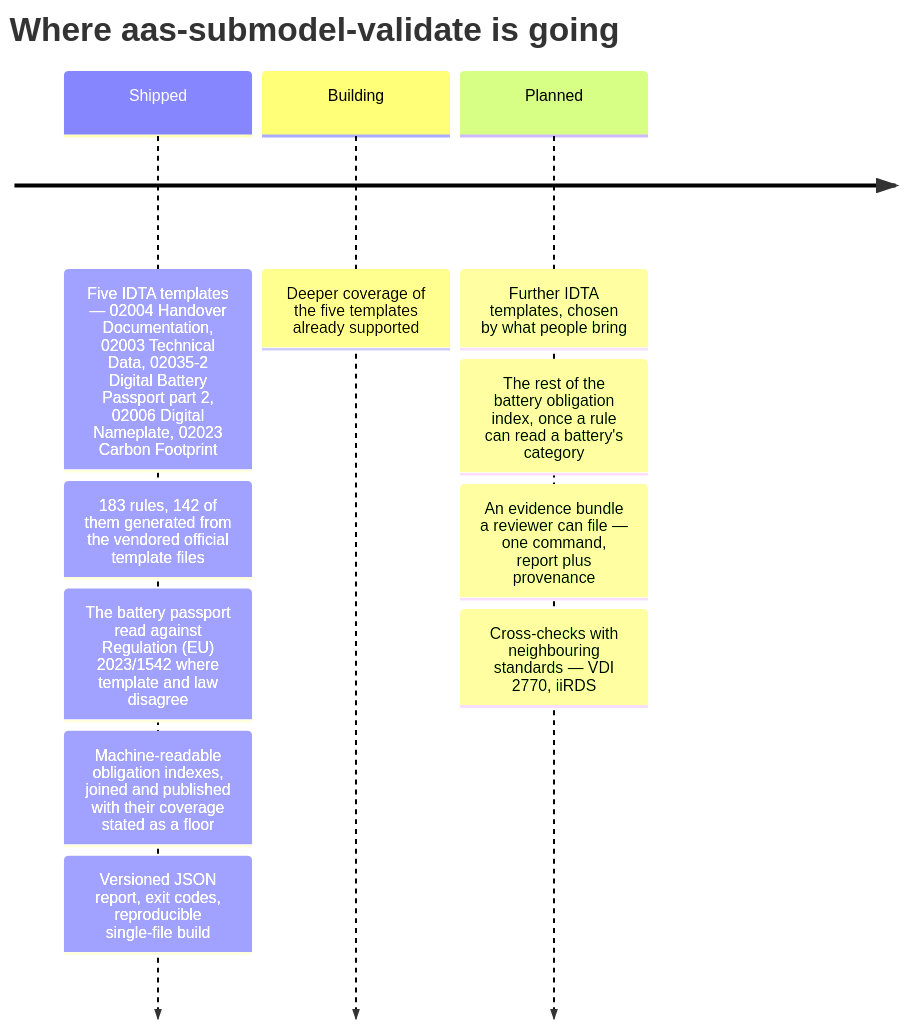
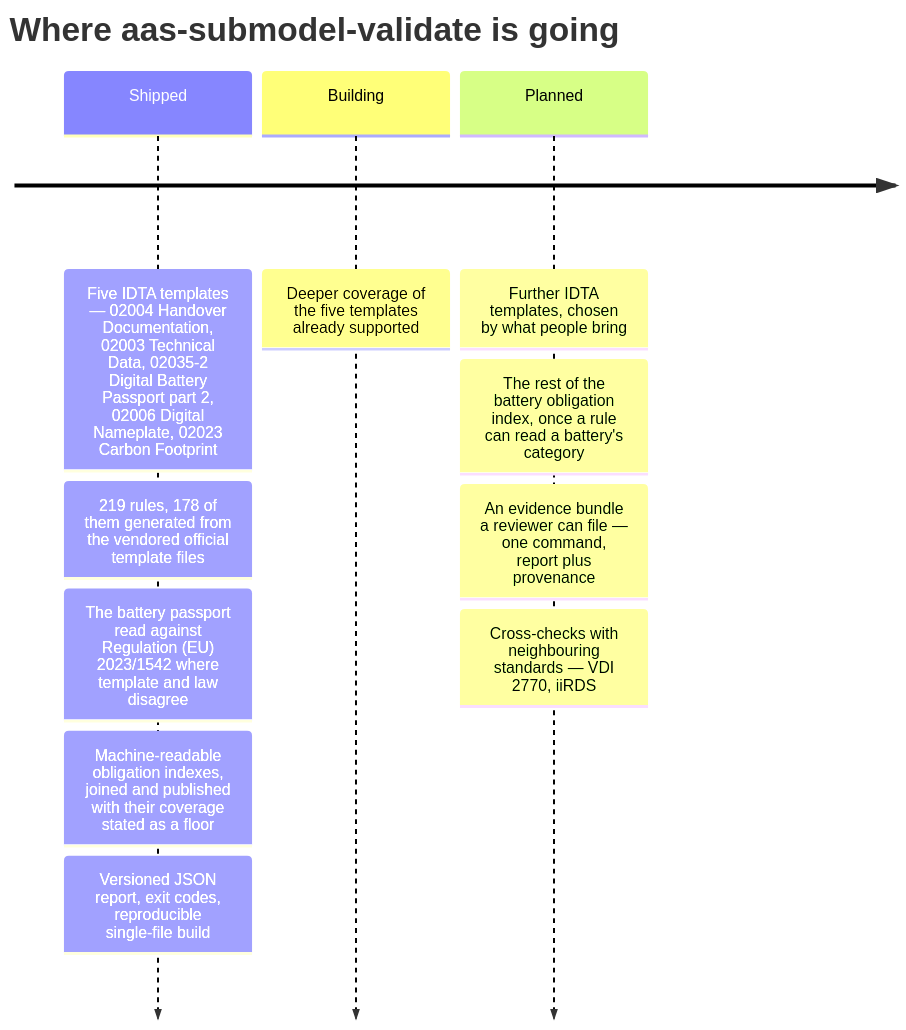
The second of 2 diagrams in README.md (dev365code/aas-submodel-validate), drawn with Mermaid before and after one commit. The commit also changed other lines of this file and 25 other files, not shown here.

````diff
--- a/README.md
+++ b/README.md
@@ -267,14 +267,14 @@
 ```mermaid
 timeline
     title Where aas-submodel-validate is going
     Shipped : Five IDTA templates — 02004 Handover Documentation, 02003 Technical Data, 02035-2 Digital Battery Passport part 2, 02006 Digital Nameplate, 02023 Carbon Footprint
-            : 183 rules, 142 of them generated from the vendored official template files
+            : 219 rules, 178 of them generated from the vendored official template files
             : The battery passport read against Regulation (EU) 2023/1542 where template and law disagree
             : Machine-readable obligation indexes, joined and published with their coverage stated as a floor
             : Versioned JSON report, exit codes, reproducible single-file build
     Building : Deeper coverage of the five templates already supported
     Planned : Further IDTA templates, chosen by what people bring
             : The rest of the battery obligation index, once a rule can read a battery's category
             : An evidence bundle a reviewer can file — one command, report plus provenance
             : Cross-checks with neighbouring standards — VDI 2770, iiRDS
 ```
````
